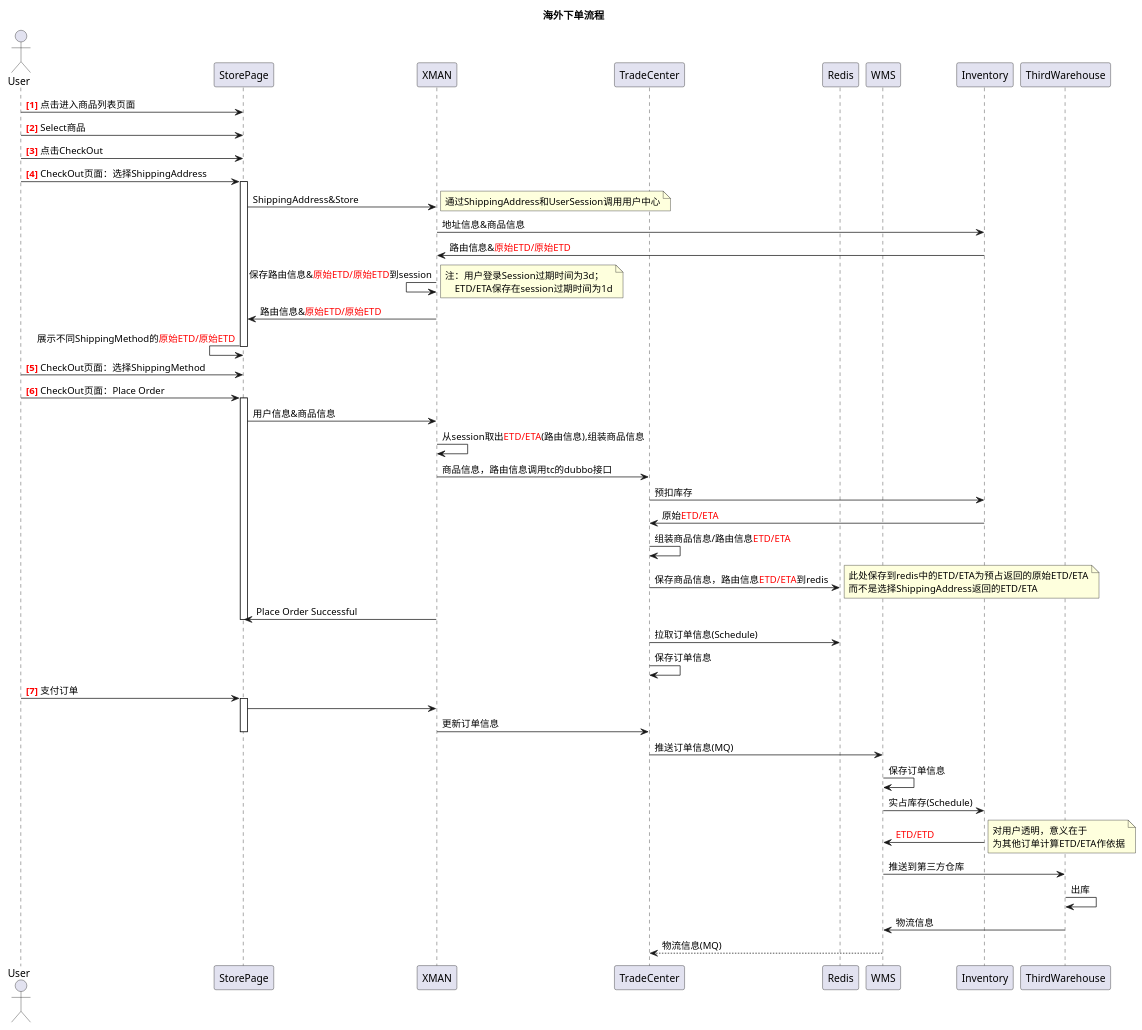
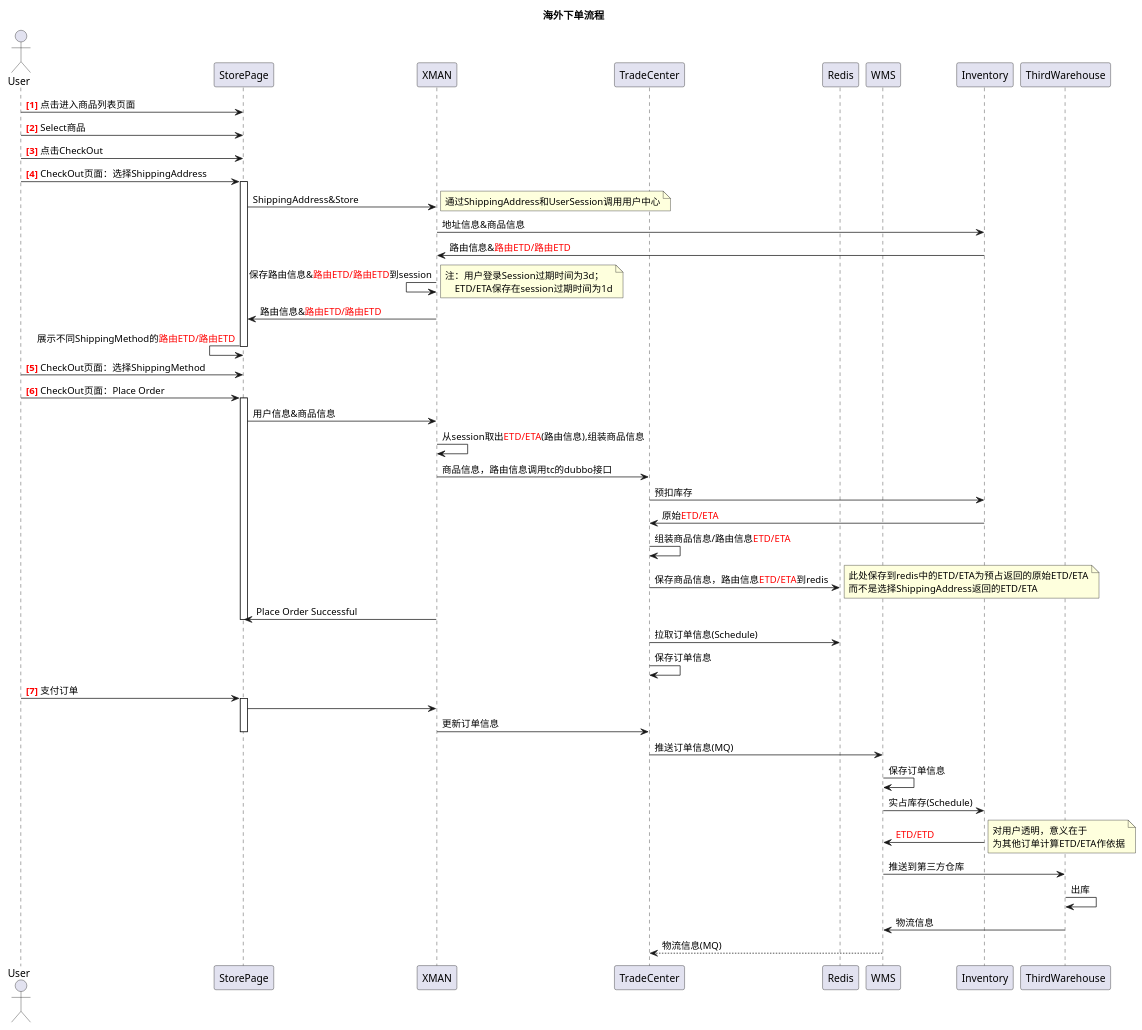
Before and after one commit to newbigTech/myDesignPattern: the diagram in uml/wms/etd&eta.puml, drawn with PlantUML.

Commit message:
uml图

```diff
--- a/uml/wms/etd&eta.puml
+++ b/uml/wms/etd&eta.puml
@@ -1,89 +1,89 @@
 @startuml
 actor User
 participant StorePage as pageInfo
 participant XMAN as xman
 participant TradeCenter as tc
 participant Redis as redis
 participant WMS as wms
 participant Inventory as inv
 participant ThirdWarehouse as warehouse
 '== 订单列表展示etd/eta ==
 'User-> pageInfo:查看
 '
 '== 订单详情页展示etd/eta ==
 '
 '== checkout页面展示etd ==
 'User        ->      pageInfo    :checkOut订单
 'User        ->      pageInfo    :选择地址
 'pageInfo    ->      xman        :地址信息&商品信息
 'xman        ->      inv         :
 '== 下单成功页面展示etd ==
 '
 '== 商品详情页展示etd	 ==
 '
 '
 'newpage 海外下单流程
 title 海外下单流程
 User        ->  pageInfo:<font color=red><b>[1] </font>点击进入商品列表页面
 User        ->  pageInfo:<font color=red><b>[2] </font>Select商品
 User        ->  pageInfo:<font color=red><b>[3] </font>点击CheckOut
 User        ->  pageInfo:<font color=red><b>[4] </font>CheckOut页面：选择ShippingAddress
 activate pageInfo
 pageInfo    ->  xman    :ShippingAddress&Store
 note right
 通过ShippingAddress和UserSession调用用户中心
 end note
 xman        ->  inv     :地址信息&商品信息
-xman        <-  inv     :路由信息&<font color=red>原始ETD/原始ETD
-xman        <-  xman    :保存路由信息&<font color=red>原始ETD/原始ETD</font>到session
+xman        <-  inv     :路由信息&<font color=red>路由ETD/路由ETD
+xman        <-  xman    :保存路由信息&<font color=red>路由ETD/路由ETD</font>到session
 note right
 注：用户登录Session过期时间为3d；
     ETD/ETA保存在session过期时间为1d
 end note
-pageInfo    <-  xman    :路由信息&<font color=red>原始ETD/原始ETD
-pageInfo    <-  pageInfo:展示不同ShippingMethod的<font color=red>原始ETD/原始ETD
+pageInfo    <-  xman    :路由信息&<font color=red>路由ETD/路由ETD
+pageInfo    <-  pageInfo:展示不同ShippingMethod的<font color=red>路由ETD/路由ETD
 deactivate pageInfo
 
 User        ->  pageInfo:<font color=red><b>[5] </font>CheckOut页面：选择ShippingMethod
 User        ->  pageInfo:<font color=red><b>[6] </font>CheckOut页面：Place Order
 
 activate pageInfo
 pageInfo    ->  xman    :用户信息&商品信息
 
 xman        ->  xman    :从session取出<font color=red>ETD/ETA</font>(路由信息),组装商品信息
 xman        ->  tc      :商品信息，路由信息调用tc的dubbo接口
 tc          ->  inv     :预扣库存
 inv         ->  tc      :原始<font color=red>ETD/ETA
 tc          ->  tc      :组装商品信息/路由信息<font color=red>ETD/ETA
 tc          ->  redis   :保存商品信息，路由信息<font color=red>ETD/ETA</font>到redis
 note right
 此处保存到redis中的ETD/ETA为预占返回的原始ETD/ETA
 而不是选择ShippingAddress返回的ETD/ETA
 end note
 pageInfo    <-  xman    :Place Order Successful
 
 deactivate pageInfo
 
 tc          ->  redis   :拉取订单信息(Schedule)
 tc          ->  tc      :保存订单信息
 User        ->  pageInfo:<font color=red><b>[7] </font>支付订单
 activate pageInfo
 pageInfo    ->  xman
 xman        ->  tc      :更新订单信息
 deactivate pageInfo
 tc          ->  wms     :推送订单信息(MQ)
 
 wms        ->  wms      :保存订单信息
 wms        ->  inv      :实占库存(Schedule)
 wms        <-  inv     :<font color=red>ETD/ETD
 note right
 对用户透明，意义在于
 为其他订单计算ETD/ETA作依据
 end note
 
 wms         ->  warehouse     :推送到第三方仓库
 warehouse   ->  warehouse     :出库
 warehouse   ->  wms     :物流信息
 wms         -->  tc      :物流信息(MQ)
 
 @enduml
```
